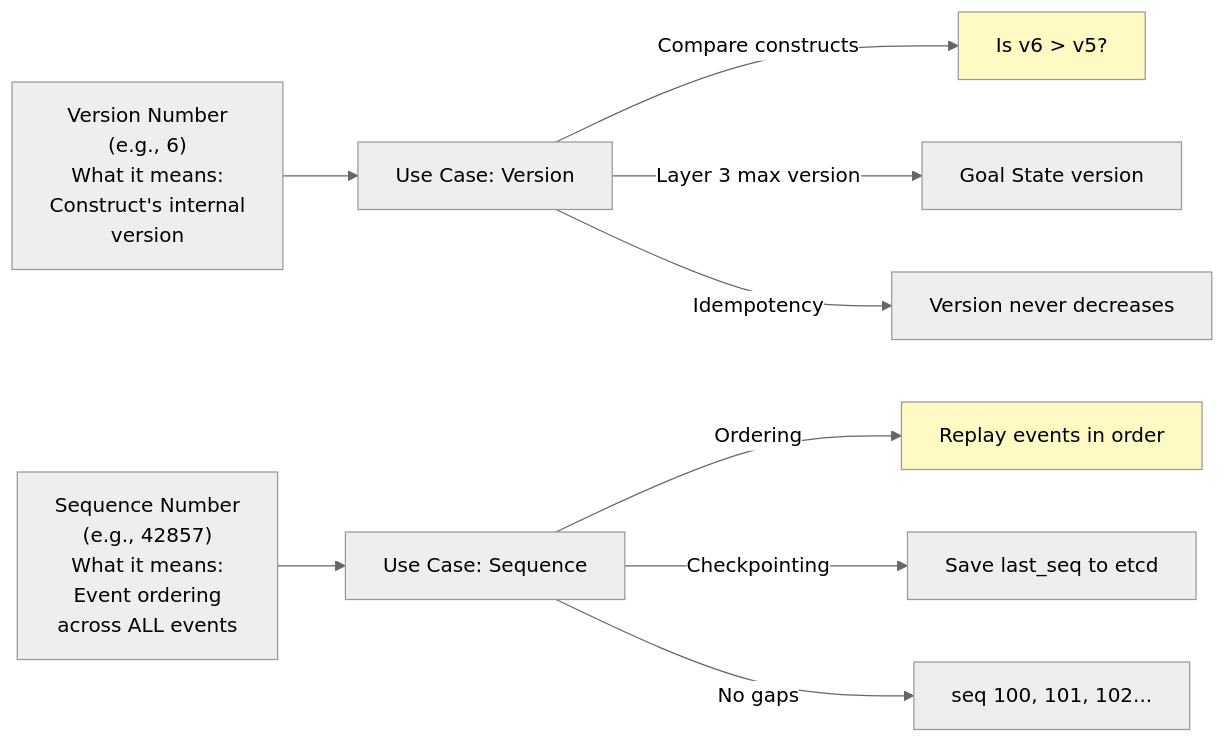
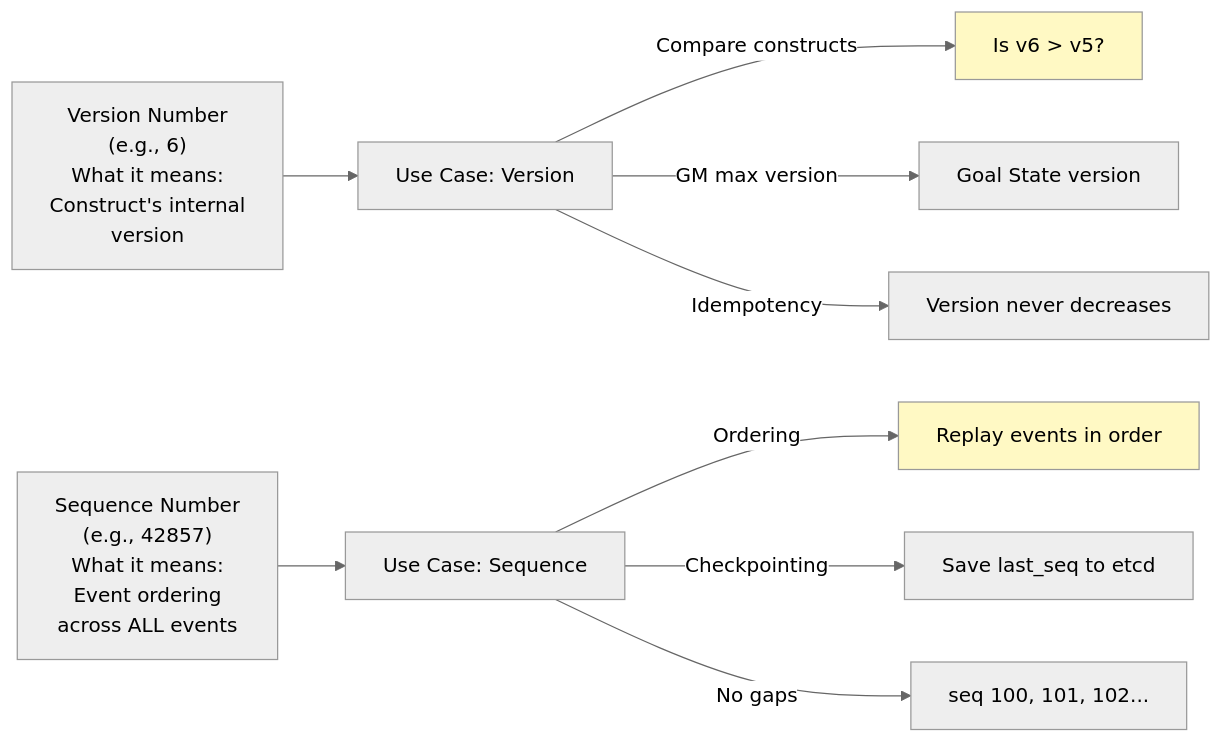
The seventh of 7 diagrams in docs/FM-Designs/FM_DESIGN_VERSIONING_DEDUP_SUPER_ENHANCED.md (rashmirrout/DashFabric), drawn with Mermaid (neutral theme) before and after one commit. The commit also changed other lines of this file and 32 other files, not shown here.

````diff
--- a/docs/FM-Designs/FM_DESIGN_VERSIONING_DEDUP_SUPER_ENHANCED.md
+++ b/docs/FM-Designs/FM_DESIGN_VERSIONING_DEDUP_SUPER_ENHANCED.md
@@ -677,23 +677,23 @@
 ```mermaid
 graph LR
     A["Version Number<br/>(e.g., 6)<br/>What it means:<br/>Construct's internal<br/>version"]
     
     B["Sequence Number<br/>(e.g., 42857)<br/>What it means:<br/>Event ordering<br/>across ALL events"]
     
     C["Use Case: Version"]
     D["Use Case: Sequence"]
     
     A --> C
     B --> D
     
     C -->|"Compare constructs"| E["Is v6 > v5?"]
-    C -->|"Layer 3 max version"| F["Goal State version"]
+    C -->|"GM max version"| F["Goal State version"]
     C -->|"Idempotency"| G["Version never decreases"]
     
     D -->|"Ordering"| H["Replay events in order"]
     D -->|"Checkpointing"| I["Save last_seq to etcd"]
     D -->|"No gaps"| J["seq 100, 101, 102..."]
     
     style E fill:#fff9c4
     style H fill:#fff9c4
 ```
````
